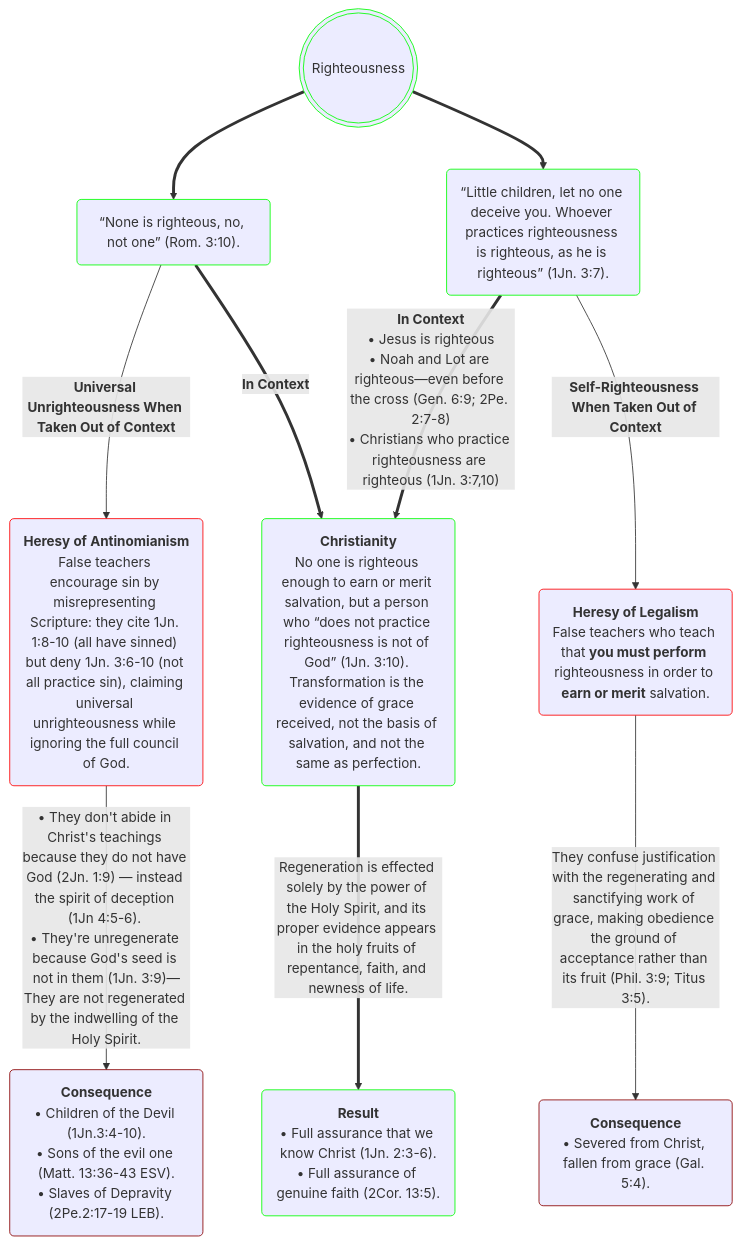
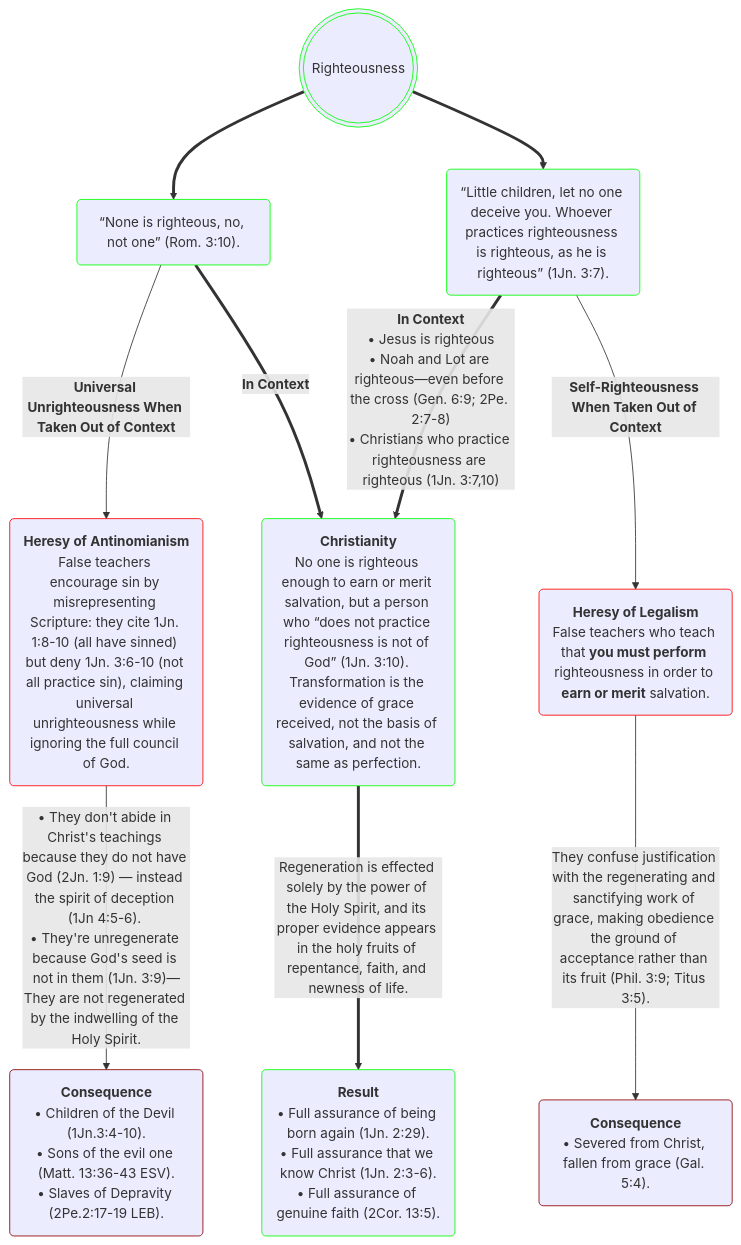
One commit to OrdoLuminis/ordoluminis.github.io changed the diagram in _posts/2026-05-23-righteousness.markdown. Above: the diagram before and after it, drawn with Mermaid. The commit also changed other lines of this file, not shown here.

Commit message:
verse added

````diff
--- a/_posts/2026-05-23-righteousness.markdown
+++ b/_posts/2026-05-23-righteousness.markdown
@@ -46,16 +46,16 @@
 ```mermaid
 flowchart TD
     A(((Righteousness))):::green
     A ==> B(&ldquo;None is righteous, no, not one&rdquo; &lpar;Rom. 3:10&rpar;.):::green
     A ==> C(&ldquo;Little children, let no one deceive you. Whoever practices righteousness is righteous, as he is righteous&rdquo; &lpar;1Jn. 3:7&rpar;.):::green
     B -->|<strong>Universal Unrighteousness When Taken Out of Context</strong>| D(<strong>Heresy of Antinomianism</strong><br>False teachers encourage sin by misrepresenting Scripture: they cite 1Jn. 1:8-10 &lpar;all have sinned&rpar; but deny 1Jn. 3:6-10 &lpar;not all practice sin&rpar;, claiming universal unrighteousness while ignoring the full council of God.):::red
     C -->|<strong>Self-Righteousness When Taken Out of Context</strong>| E(<strong>Heresy of Legalism</strong><br>False teachers who teach that <strong>you must perform</strong> righteousness in order to <strong>earn or merit</strong> salvation.):::red
     B ==>|<strong>In Context</strong>| F(<strong>Christianity</strong><br>No one is righteous enough to earn or merit salvation, but a person who &ldquo;does not practice righteousness is not of God&rdquo; &lpar;1Jn. 3:10&rpar;. Transformation is the evidence of grace received, not the basis of salvation, and not the same as perfection.):::green
     C ==>|<strong>In Context</strong><br>&bull; Jesus is righteous<br>&bull; Noah and Lot are righteous&mdash;even before the cross &lpar;Gen. 6:9; 2Pe. 2:7-8&rpar;<br>&bull; Christians who practice righteousness are righteous &lpar;1Jn. 3:7,10&rpar;| F
     D -->|&bull; They don't abide in Christ's teachings because they do not have God &lpar;2Jn. 1:9&rpar; &mdash; instead the spirit of deception &lpar;1Jn 4:5-6&rpar;. <br>&bull; They're unregenerate because God's seed is not in them &lpar;1Jn. 3:9&rpar;&mdash;They are not regenerated by the indwelling of the Holy Spirit.| G(<strong>Consequence</strong><br>&bull; Children of the Devil &lpar;1Jn.3:4-10&rpar;.<br>&bull; Sons of the evil one &lpar;Matt. 13:36-43 ESV&rpar;.<br>&bull; Slaves of Depravity &lpar;2Pe.2:17-19 LEB&rpar;.):::darkred
     E -->|They confuse justification with the regenerating and sanctifying work of grace, making obedience the ground of acceptance rather than its fruit &lpar;Phil. 3:9; Titus 3:5&rpar;.| H(<strong>Consequence</strong><br>&bull; Severed from Christ, fallen from grace &lpar;Gal. 5:4&rpar;.):::darkred
-    F ==>|Regeneration is effected solely by the power of the Holy Spirit, and its proper evidence appears in the holy fruits of repentance, faith, and newness of life.| I(<strong>Result</strong><br>&bull; Full assurance that we know Christ &lpar;1Jn. 2:3-6&rpar;.<br>&bull; Full assurance of genuine faith &lpar;2Cor. 13:5&rpar;. ):::green
+    F ==>|Regeneration is effected solely by the power of the Holy Spirit, and its proper evidence appears in the holy fruits of repentance, faith, and newness of life.| I(<strong>Result</strong><br>&bull; Full assurance of being born again &lpar;1Jn. 2:29&rpar;.<br>&bull; Full assurance that we know Christ &lpar;1Jn. 2:3-6&rpar;.<br>&bull; Full assurance of genuine faith &lpar;2Cor. 13:5&rpar;. ):::green
     classDef red stroke:#f00
     classDef green stroke:#0f0
     classDef darkred stroke:#8B0000
 ```
````
